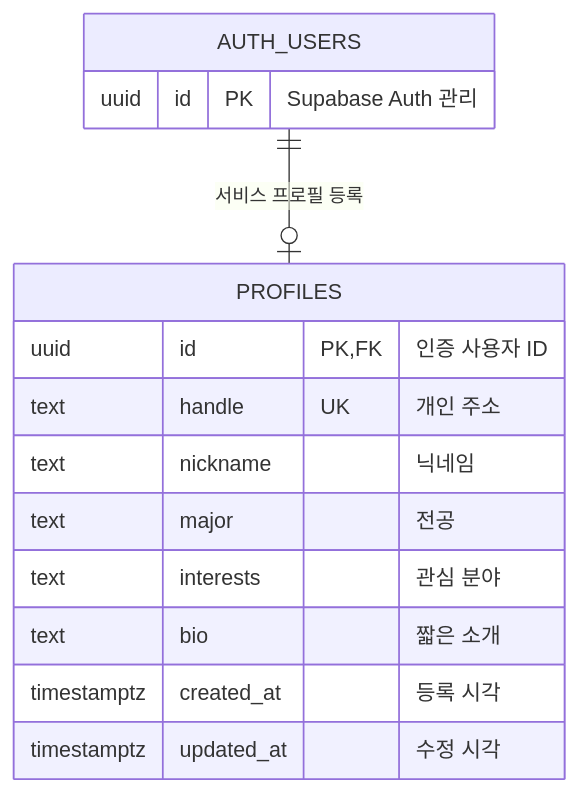
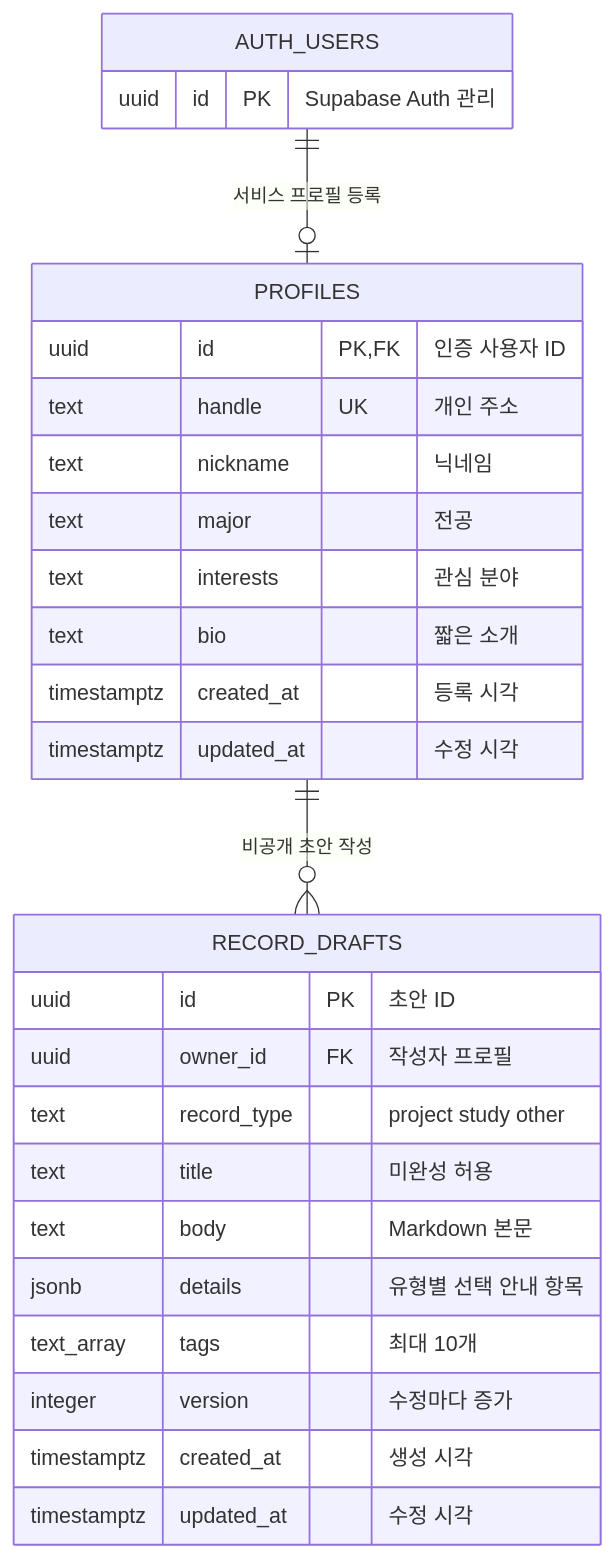
One commit to JungSeungYoon/chwieop-jom-haja changed the diagram in docs/ERD.md. Above: the diagram before and after it, drawn with Mermaid. The commit also changed other lines of this file and 16 other files, not shown here.

````diff
--- a/docs/ERD.md
+++ b/docs/ERD.md
@@ -5,17 +5,30 @@
 ```mermaid
 erDiagram
     AUTH_USERS ||--o| PROFILES : "서비스 프로필 등록"
+    PROFILES ||--o{ RECORD_DRAFTS : "비공개 초안 작성"
     AUTH_USERS {
         uuid id PK "Supabase Auth 관리"
+    }
+    RECORD_DRAFTS {
+        uuid id PK "초안 ID"
+        uuid owner_id FK "작성자 프로필"
+        text record_type "project study other"
+        text title "미완성 허용"
+        text body "Markdown 본문"
+        jsonb details "유형별 선택 안내 항목"
+        text_array tags "최대 10개"
+        integer version "수정마다 증가"
+        timestamptz created_at "생성 시각"
+        timestamptz updated_at "수정 시각"
     }
     PROFILES {
         uuid id PK,FK "인증 사용자 ID"
         text handle UK "개인 주소"
         text nickname "닉네임"
         text major "전공"
         text interests "관심 분야"
         text bio "짧은 소개"
         timestamptz created_at "등록 시각"
         timestamptz updated_at "수정 시각"
     }
 ```
````
